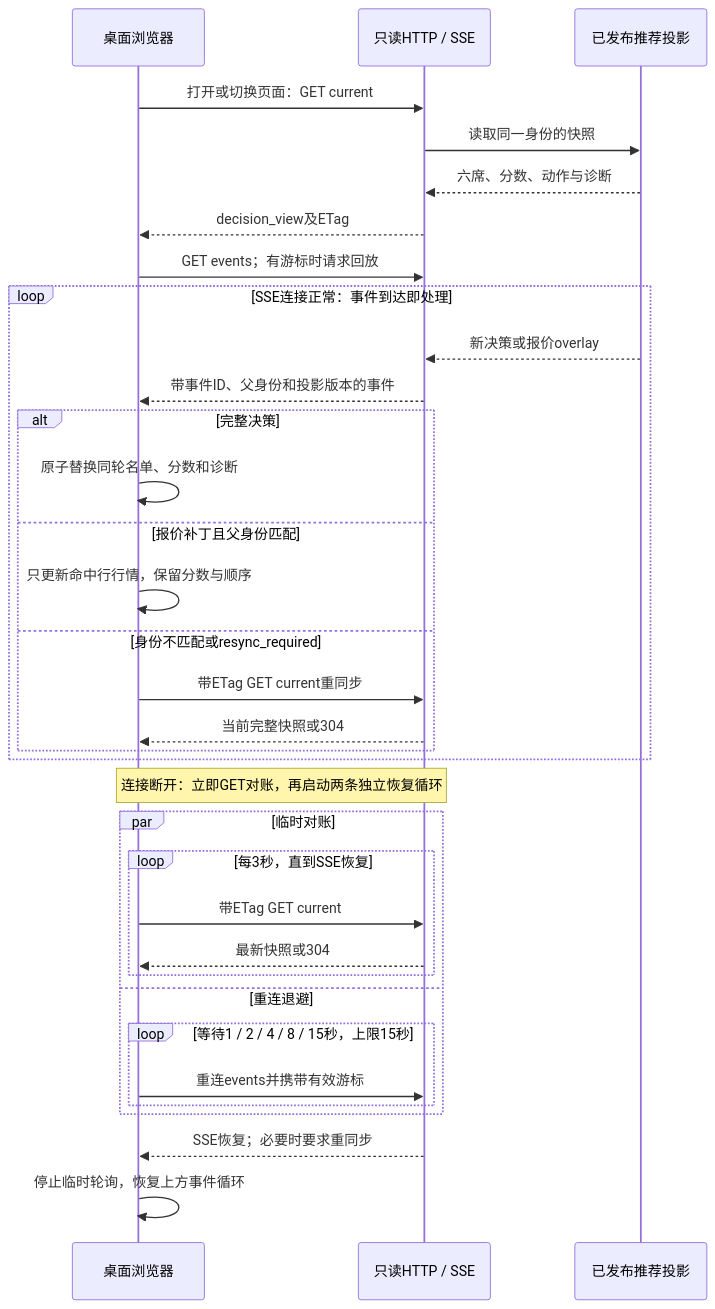
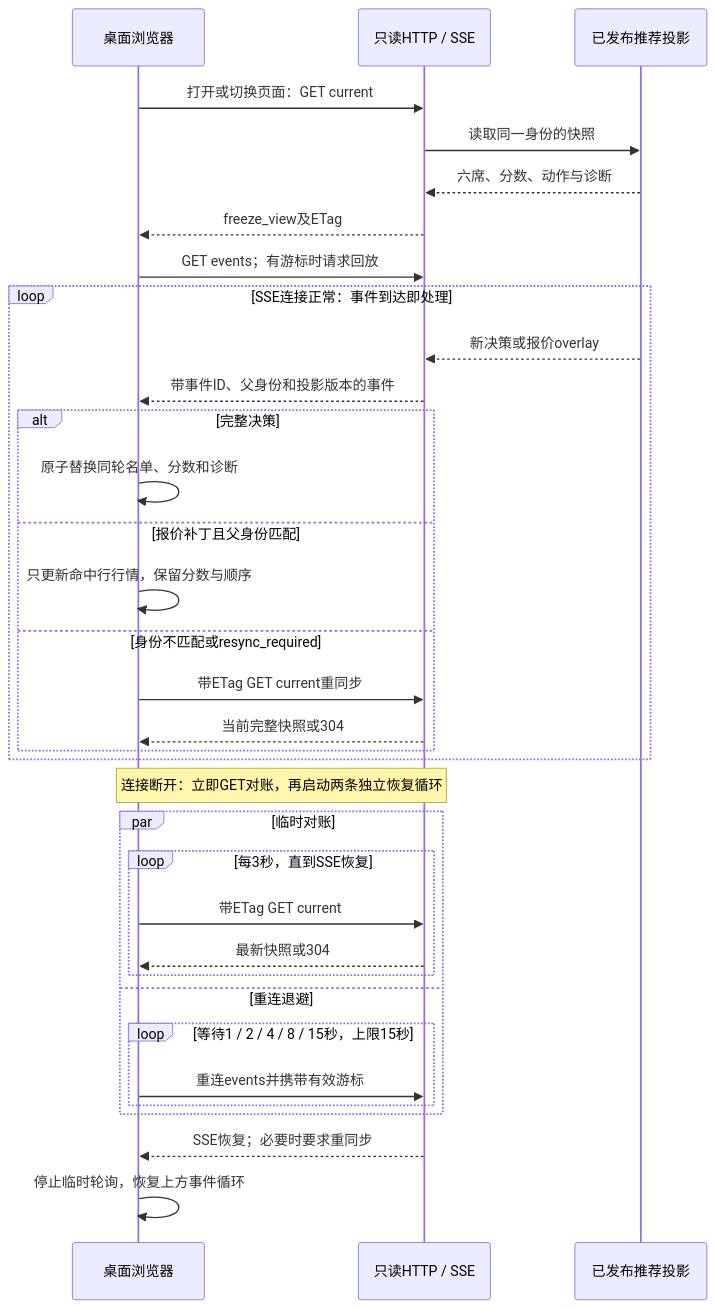
The fifth of 5 diagrams in docs/2_工程设计.md (373699756/trader), drawn with Mermaid before and after one commit. The commit also changed other lines of this file and 295 other files, not shown here.

````diff
--- a/docs/2_工程设计.md
+++ b/docs/2_工程设计.md
@@ -559,36 +561,36 @@
 ```mermaid
 sequenceDiagram
     participant UI as 桌面浏览器
     participant API as 只读HTTP / SSE
     participant View as 已发布推荐投影
     UI->>API: 打开或切换页面：GET current
     API->>View: 读取同一身份的快照
     View-->>API: 六席、分数、动作与诊断
-    API-->>UI: decision_view及ETag
+    API-->>UI: freeze_view及ETag
     UI->>API: GET events；有游标时请求回放
     loop SSE连接正常：事件到达即处理
         View-->>API: 新决策或报价overlay
         API-->>UI: 带事件ID、父身份和投影版本的事件
         alt 完整决策
             UI->>UI: 原子替换同轮名单、分数和诊断
         else 报价补丁且父身份匹配
             UI->>UI: 只更新命中行行情，保留分数与顺序
         else 身份不匹配或resync_required
             UI->>API: 带ETag GET current重同步
             API-->>UI: 当前完整快照或304
         end
     end
     Note over UI,API: 连接断开：立即GET对账，再启动两条独立恢复循环
     par 临时对账
         loop 每3秒，直到SSE恢复
             UI->>API: 带ETag GET current
             API-->>UI: 最新快照或304
         end
     and 重连退避
         loop 等待1 / 2 / 4 / 8 / 15秒，上限15秒
             UI->>API: 重连events并携带有效游标
         end
     end
     API-->>UI: SSE恢复；必要时要求重同步
     UI->>UI: 停止临时轮询，恢复上方事件循环
 ```
````
